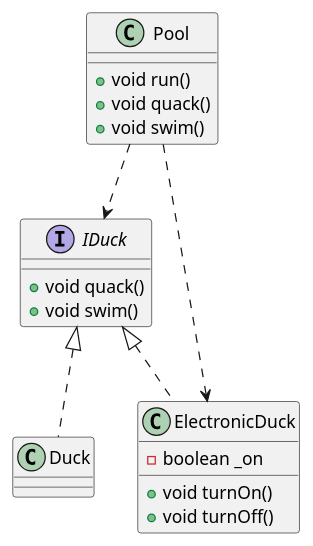
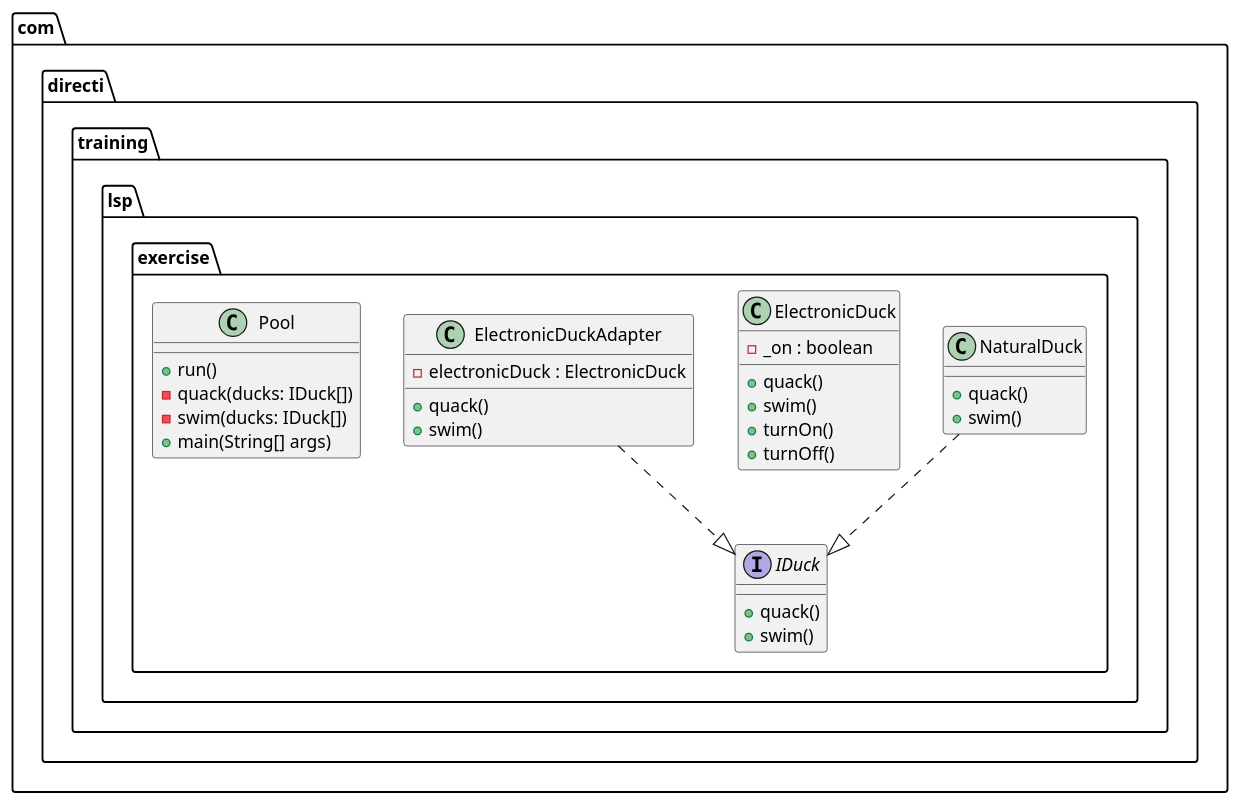
One commit to azizmass/SOLID changed the diagram in LSP/src/com/directi/training/lsp/uml_refactored.puml. Above: the diagram before and after it, drawn with PlantUML. The commit also changed 36 other files, not shown here.

```diff
--- a/LSP/src/com/directi/training/lsp/uml_refactored.puml
+++ b/LSP/src/com/directi/training/lsp/uml_refactored.puml
@@ -1,27 +1,36 @@
 @startuml
+package com.directi.training.lsp.exercise {
+    interface IDuck {
+        +quack()
+        +swim()
+    }
+    
+    class NaturalDuck {
+        +quack()
+        +swim()
+    }
+    NaturalDuck ..|> IDuck
 
-class Pool {
-  + void run()
-  + void quack()
-  + void swim()
+    class ElectronicDuck {
+        -_on : boolean
+        +quack()
+        +swim()
+        +turnOn()
+        +turnOff()
+    }
+    
+    class ElectronicDuckAdapter {
+        -electronicDuck : ElectronicDuck
+        +quack()
+        +swim()
+    }
+    ElectronicDuckAdapter ..|> IDuck
+
+    class Pool {
+        +run()
+        -quack(ducks: IDuck[])
+        -swim(ducks: IDuck[])
+        +main(String[] args)
+    }
 }
-
-interface IDuck {
-  + void quack()
-  + void swim()
-}
-
-class Duck implements IDuck {
-}
-
-class ElectronicDuck implements IDuck {
-  - boolean _on
-  + void turnOn()
-  + void turnOff()
-}
-
-Pool ..> IDuck
-Pool ..> ElectronicDuck
-
-
 @enduml
```
